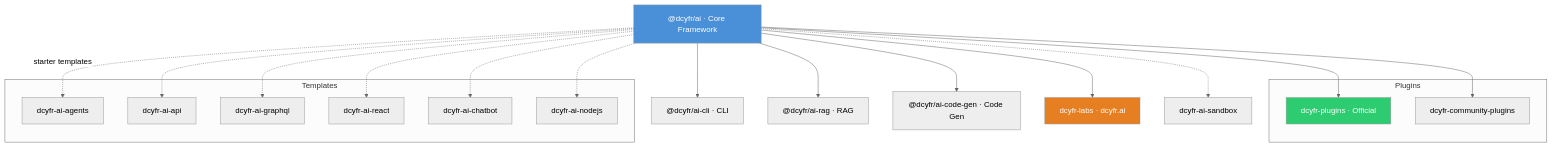
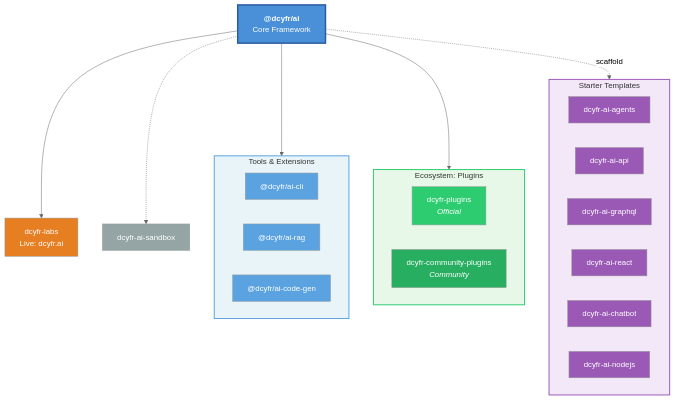
One commit to dcyfr/dcyfr changed the diagram in README.md. Above: the diagram before and after it, drawn with Mermaid (neutral theme).

Commit message:
refactor: improve diagram layout with hierarchical subgraph structure
- Replace flat node structure with semantic grouping via subgraphs
- Organize Tools, Plugins, and Templates into distinct sections
- Enhance visual hierarchy with color-coded container styling
- Improve readability and reduce display crowding on all screen sizes

````diff
--- a/README.md
+++ b/README.md
@@ -22,42 +22,51 @@
 ```mermaid
 graph TD
-    AI["@dcyfr/ai · Core Framework"]
-    CLI["@dcyfr/ai-cli · CLI"]
-    RAG["@dcyfr/ai-rag · RAG"]
-    CODEGEN["@dcyfr/ai-code-gen · Code Gen"]
-
-    AI --> CLI
-    AI --> RAG
-    AI --> CODEGEN
-
-    subgraph Plugins
-        OFFICIAL["dcyfr-plugins · Official"]
-        COMMUNITY["dcyfr-community-plugins"]
+    AI["<b>@dcyfr/ai</b><br/>Core Framework"]
+    
+    subgraph Tools["Tools & Extensions"]
+        CLI["@dcyfr/ai-cli"]
+        RAG["@dcyfr/ai-rag"]
+        CODEGEN["@dcyfr/ai-code-gen"]
     end
-    AI --> OFFICIAL
-    AI --> COMMUNITY
-
-    subgraph Templates
+    
+    subgraph Plugins["Ecosystem: Plugins"]
+        OFFICIAL["dcyfr-plugins<br/><i>Official</i>"]
+        COMMUNITY["dcyfr-community-plugins<br/><i>Community</i>"]
+    end
+    
+    subgraph Templates["Starter Templates"]
         AGENTS["dcyfr-ai-agents"]
         API["dcyfr-ai-api"]
         GRAPHQL["dcyfr-ai-graphql"]
         REACT["dcyfr-ai-react"]
         CHATBOT["dcyfr-ai-chatbot"]
         NODEJS["dcyfr-ai-nodejs"]
     end
-    AI -.->|starter templates| AGENTS
-    AI -.-> API
-    AI -.-> GRAPHQL
-    AI -.-> REACT
-    AI -.-> CHATBOT
-    AI -.-> NODEJS
-
-    LABS["dcyfr-labs · dcyfr.ai"]
+    
+    LABS["dcyfr-labs<br/>Live: dcyfr.ai"]
+    SANDBOX["dcyfr-ai-sandbox"]
+    
+    AI --> Tools
+    AI --> Plugins
+    AI -.->|scaffold| Templates
     AI --> LABS
-    SANDBOX["dcyfr-ai-sandbox"]
     AI -.-> SANDBOX
 
-    style AI fill:#4A90D9,color:#fff
+    style AI fill:#4A90D9,color:#fff,stroke:#2c5aa0,stroke-width:3px
+    style Tools fill:#E8F4F8,stroke:#5BA3E0,stroke-width:2px
+    style CLI fill:#5BA3E0,color:#fff
+    style RAG fill:#5BA3E0,color:#fff
+    style CODEGEN fill:#5BA3E0,color:#fff
+    style Plugins fill:#E8F8E8,stroke:#2ECC71,stroke-width:2px
     style OFFICIAL fill:#2ECC71,color:#fff
+    style COMMUNITY fill:#27AE60,color:#fff
+    style Templates fill:#F3E8F8,stroke:#9B59B6,stroke-width:2px
+    style AGENTS fill:#9B59B6,color:#fff
+    style API fill:#9B59B6,color:#fff
+    style GRAPHQL fill:#9B59B6,color:#fff
+    style REACT fill:#9B59B6,color:#fff
+    style CHATBOT fill:#9B59B6,color:#fff
+    style NODEJS fill:#9B59B6,color:#fff
     style LABS fill:#E67E22,color:#fff
+    style SANDBOX fill:#95A5A6,color:#fff
 ```
````
